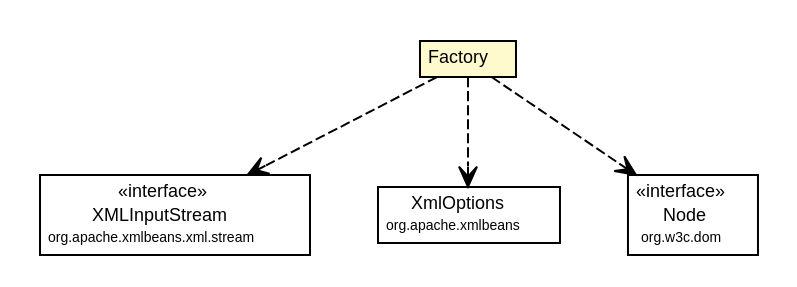
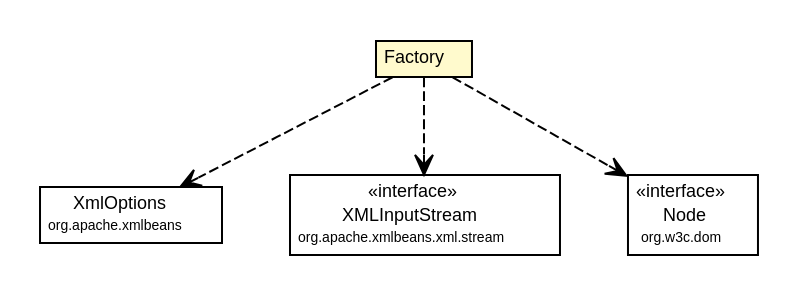
One commit to synchronoss/cpo-api changed the diagram in site/apidocs/org/synchronoss/cpo/core/cpoCoreConfig/CpoConfigDocument.Factory.dot. Above: the diagram before and after it, drawn with Graphviz. The commit also changed 975 other files, not shown here.

```diff
--- a/site/apidocs/org/synchronoss/cpo/core/cpoCoreConfig/CpoConfigDocument.Factory.dot
+++ b/site/apidocs/org/synchronoss/cpo/core/cpoCoreConfig/CpoConfigDocument.Factory.dot
@@ -1,45 +1,45 @@
 #!/usr/local/bin/dot
 #
 # Class diagram 
 # Generated by UmlGraph version 4.6 (http://www.spinellis.gr/sw/umlgraph)
 #
 
 digraph G {
 	edge [fontname="Helvetica",fontsize=10,labelfontname="Helvetica",labelfontsize=10];
 	node [fontname="Helvetica",fontsize=10,shape=plaintext];
 	// org.synchronoss.cpo.core.cpoCoreConfig.CpoConfigDocument.Factory
 	c28102 [label=<<table border="0" cellborder="1" cellspacing="0" cellpadding="2" port="p" bgcolor="lemonChiffon" href="./CpoConfigDocument.Factory.html">
 		<tr><td><table border="0" cellspacing="0" cellpadding="1">
 			<tr><td> Factory </td></tr>
 		</table></td></tr>
 		</table>>, fontname="Helvetica", fontcolor="black", fontsize=9.0];
+	// org.synchronoss.cpo.core.cpoCoreConfig.CpoConfigDocument.Factory DEPEND org.apache.xmlbeans.XmlOptions
+	c28102:p -> c28223:p [taillabel="", label="", headlabel="", fontname="Helvetica", fontcolor="black", fontsize=10.0, color="black", arrowhead=open, style=dashed];
 	// org.synchronoss.cpo.core.cpoCoreConfig.CpoConfigDocument.Factory DEPEND org.apache.xmlbeans.xml.stream.XMLInputStream
-	c28102:p -> c28223:p [taillabel="", label="", headlabel="", fontname="Helvetica", fontcolor="black", fontsize=10.0, color="black", arrowhead=open, style=dashed];
-	// org.synchronoss.cpo.core.cpoCoreConfig.CpoConfigDocument.Factory DEPEND org.apache.xmlbeans.XmlOptions
 	c28102:p -> c28224:p [taillabel="", label="", headlabel="", fontname="Helvetica", fontcolor="black", fontsize=10.0, color="black", arrowhead=open, style=dashed];
 	// org.synchronoss.cpo.core.cpoCoreConfig.CpoConfigDocument.Factory DEPEND org.w3c.dom.Node
 	c28102:p -> c28225:p [taillabel="", label="", headlabel="", fontname="Helvetica", fontcolor="black", fontsize=10.0, color="black", arrowhead=open, style=dashed];
 	// org.apache.xmlbeans.xml.stream.XMLInputStream
-	c28223 [label=<<table border="0" cellborder="1" cellspacing="0" cellpadding="2" port="p" href="http://java.sun.com/j2se/1.4.2/docs/api/org/apache/xmlbeans/xml/stream/XMLInputStream.html">
+	c28224 [label=<<table border="0" cellborder="1" cellspacing="0" cellpadding="2" port="p" href="http://java.sun.com/j2se/1.4.2/docs/api/org/apache/xmlbeans/xml/stream/XMLInputStream.html">
 		<tr><td><table border="0" cellspacing="0" cellpadding="1">
 			<tr><td> &laquo;interface&raquo; </td></tr>
 			<tr><td> XMLInputStream </td></tr>
 			<tr><td><font point-size="7.0"> org.apache.xmlbeans.xml.stream </font></td></tr>
 		</table></td></tr>
 		</table>>, fontname="Helvetica", fontcolor="black", fontsize=9.0];
 	// org.apache.xmlbeans.XmlOptions
-	c28224 [label=<<table border="0" cellborder="1" cellspacing="0" cellpadding="2" port="p" href="http://java.sun.com/j2se/1.4.2/docs/api/org/apache/xmlbeans/XmlOptions.html">
+	c28223 [label=<<table border="0" cellborder="1" cellspacing="0" cellpadding="2" port="p" href="http://java.sun.com/j2se/1.4.2/docs/api/org/apache/xmlbeans/XmlOptions.html">
 		<tr><td><table border="0" cellspacing="0" cellpadding="1">
 			<tr><td> XmlOptions </td></tr>
 			<tr><td><font point-size="7.0"> org.apache.xmlbeans </font></td></tr>
 		</table></td></tr>
 		</table>>, fontname="Helvetica", fontcolor="black", fontsize=9.0];
 	// org.w3c.dom.Node
 	c28225 [label=<<table border="0" cellborder="1" cellspacing="0" cellpadding="2" port="p" href="http://java.sun.com/j2se/1.4.2/docs/api/org/w3c/dom/Node.html">
 		<tr><td><table border="0" cellspacing="0" cellpadding="1">
 			<tr><td> &laquo;interface&raquo; </td></tr>
 			<tr><td> Node </td></tr>
 			<tr><td><font point-size="7.0"> org.w3c.dom </font></td></tr>
 		</table></td></tr>
 		</table>>, fontname="Helvetica", fontcolor="black", fontsize=9.0];
 }
```
